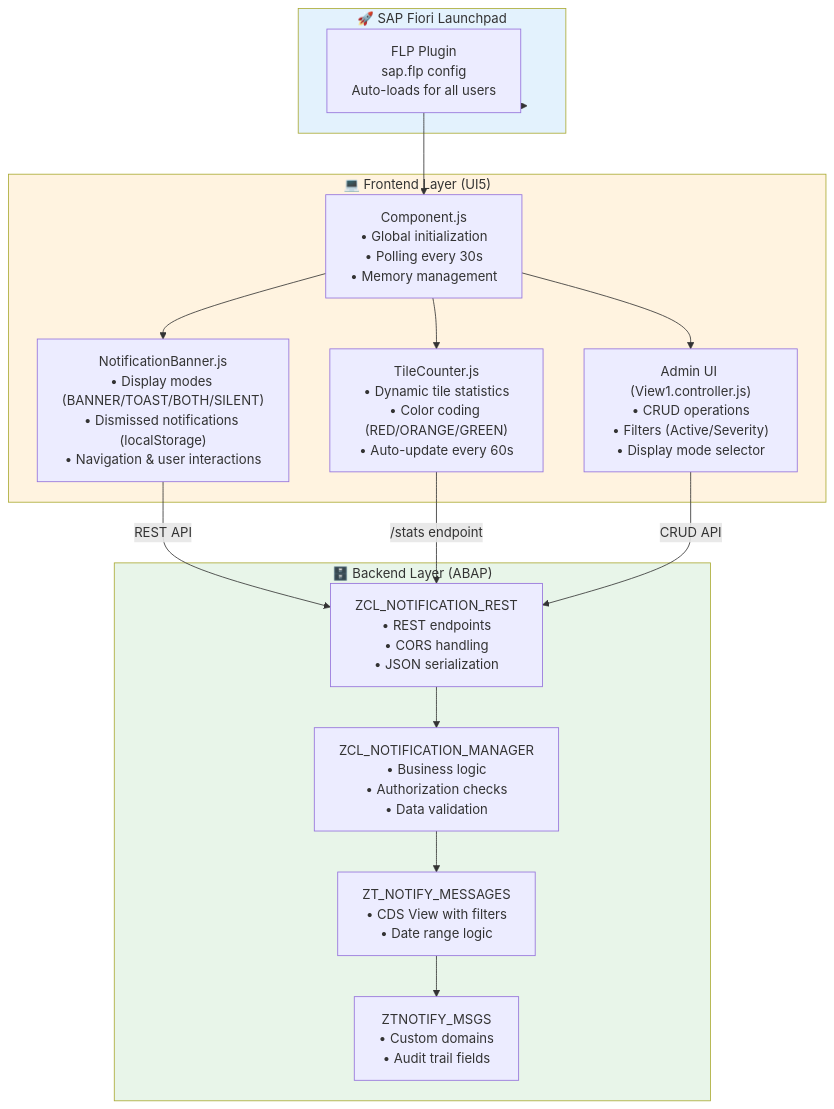
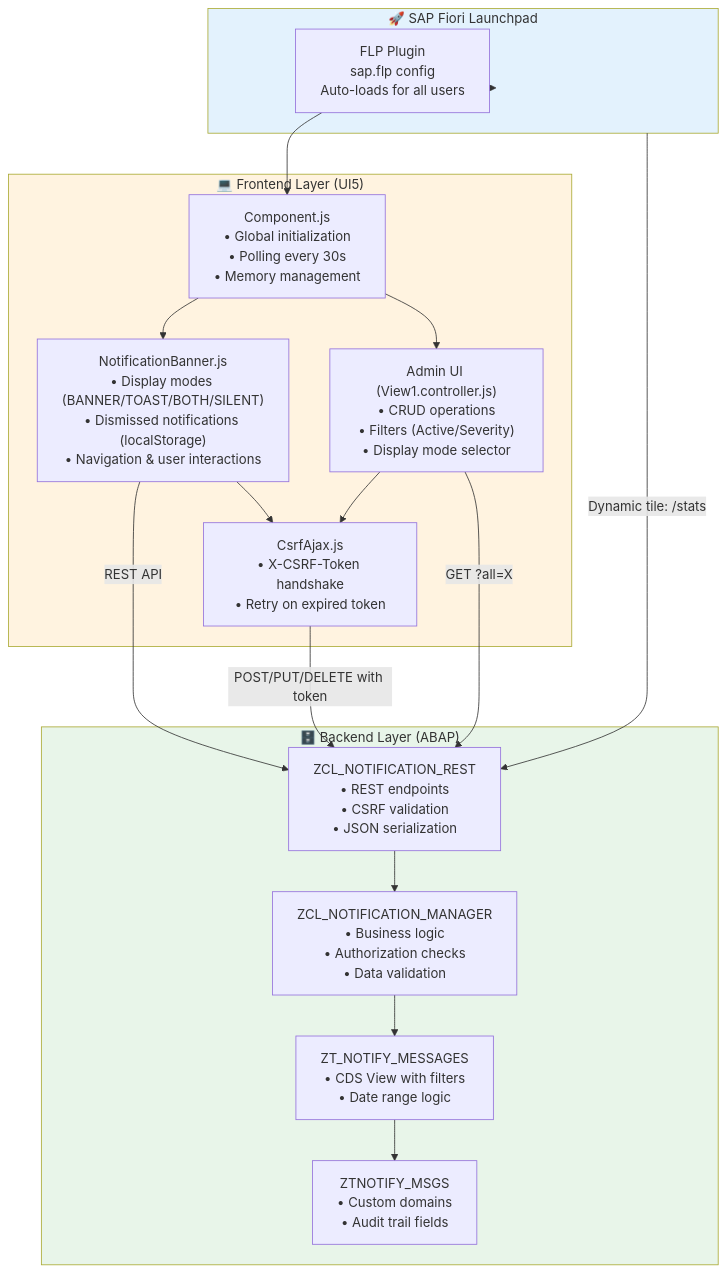
One commit to Raistlin82/sap-fiori-notification-banner changed the first of 5 diagrams in docs/ARCHITECTURE.md. Above: the diagram before and after it, drawn with Mermaid. The commit also changed other lines of this file and 28 other files, not shown here.

````diff
--- a/docs/ARCHITECTURE.md
+++ b/docs/ARCHITECTURE.md
@@ -27,38 +27,40 @@
 ```mermaid
 graph TB
     subgraph FLP["🚀 SAP Fiori Launchpad"]
         Plugin["FLP Plugin<br/>sap.flp config<br/>Auto-loads for all users"]
     end
 
     subgraph Frontend["💻 Frontend Layer (UI5)"]
         Component["Component.js<br/>• Global initialization<br/>• Polling every 30s<br/>• Memory management"]
         Banner["NotificationBanner.js<br/>• Display modes (BANNER/TOAST/BOTH/SILENT)<br/>• Dismissed notifications (localStorage)<br/>• Navigation & user interactions"]
-        TileCounter["TileCounter.js<br/>• Dynamic tile statistics<br/>• Color coding (RED/ORANGE/GREEN)<br/>• Auto-update every 60s"]
+        Csrf["CsrfAjax.js<br/>• X-CSRF-Token handshake<br/>• Retry on expired token"]
         View["Admin UI (View1.controller.js)<br/>• CRUD operations<br/>• Filters (Active/Severity)<br/>• Display mode selector"]
     end
 
     subgraph Backend["🗄️ Backend Layer (ABAP)"]
-        REST["ZCL_NOTIFICATION_REST<br/>• REST endpoints<br/>• CORS handling<br/>• JSON serialization"]
+        REST["ZCL_NOTIFICATION_REST<br/>• REST endpoints<br/>• CSRF validation<br/>• JSON serialization"]
         Manager["ZCL_NOTIFICATION_MANAGER<br/>• Business logic<br/>• Authorization checks<br/>• Data validation"]
         CDS["ZT_NOTIFY_MESSAGES<br/>• CDS View with filters<br/>• Date range logic"]
         DB["ZTNOTIFY_MSGS<br/>• Custom domains<br/>• Audit trail fields"]
     end
 
     FLP --> Plugin
     Plugin --> Component
     Component --> Banner
-    Component --> TileCounter
     Component --> View
 
     Banner -->|REST API| REST
-    TileCounter -->|/stats endpoint| REST
-    View -->|CRUD API| REST
+    Banner --> Csrf
+    View --> Csrf
+    Csrf -->|POST/PUT/DELETE with token| REST
+    View -->|GET ?all=X| REST
+    FLP -->|Dynamic tile: /stats| REST
 
     REST --> Manager
     Manager --> CDS
     CDS --> DB
 
     style FLP fill:#e3f2fd
     style Frontend fill:#fff3e0
     style Backend fill:#e8f5e9
 ```
````
